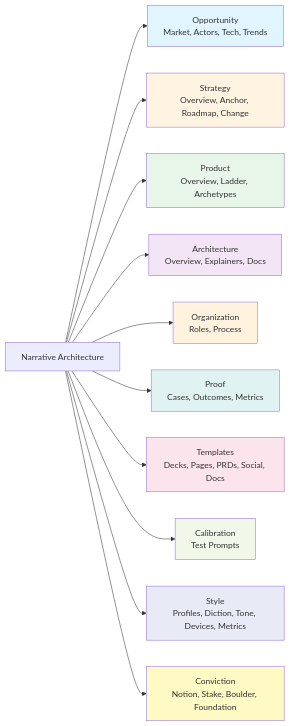
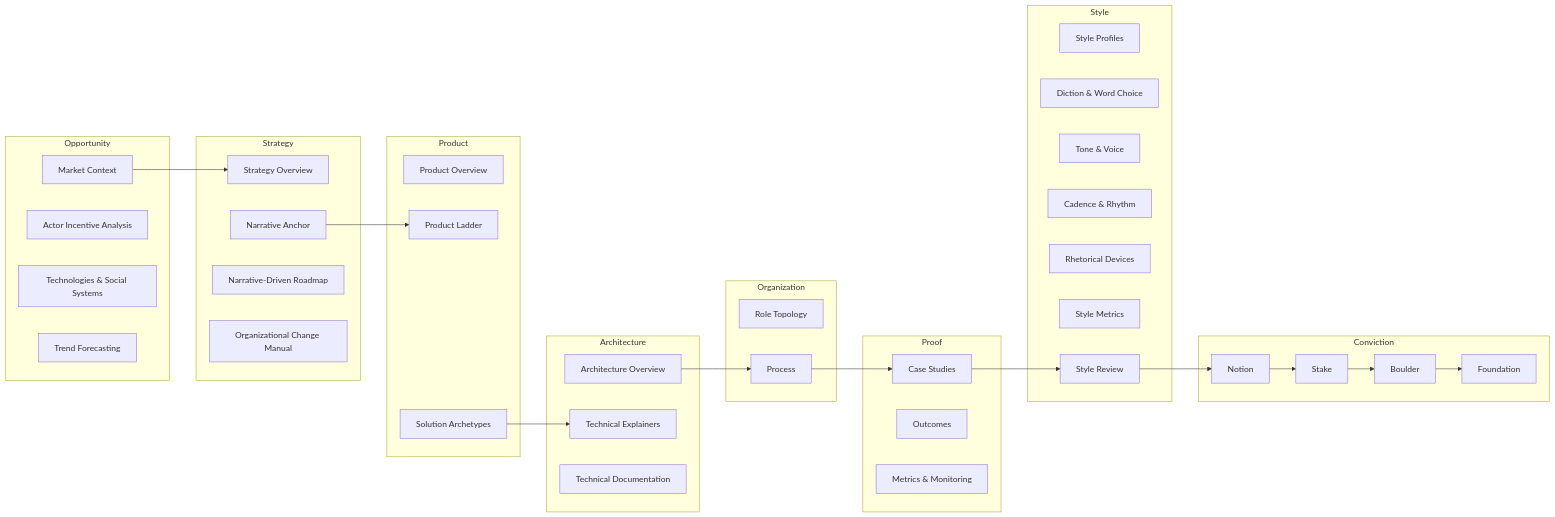
Before and after one commit to Synthetic-Identity-Co/conj-talk-2025: the second of 2 diagrams in README.md, drawn with Mermaid. The commit also changed other lines of this file, not shown here.

````diff
--- a/README.md
+++ b/README.md
@@ -139,26 +233,67 @@
 ```mermaid
 graph LR
-    NA[Narrative Architecture]
+    subgraph Opportunity
+        A1[Market Context]
+        A2[Actor Incentive Analysis]
+        A3[Technologies & Social Systems]
+        A4[Trend Forecasting]
+    end
     
-    NA --> OPP[Opportunity<br/>Market, Actors, Tech, Trends]
-    NA --> STR[Strategy<br/>Overview, Anchor, Roadmap, Change]
-    NA --> PRD[Product<br/>Overview, Ladder, Archetypes]
-    NA --> ARC[Architecture<br/>Overview, Explainers, Docs]
-    NA --> ORG[Organization<br/>Roles, Process]
-    NA --> PRF[Proof<br/>Cases, Outcomes, Metrics]
-    NA --> TMP[Templates<br/>Decks, Pages, PRDs, Social, Docs]
-    NA --> CAL[Calibration<br/>Test Prompts]
-    NA --> STY[Style<br/>Profiles, Diction, Tone, Devices, Metrics]
-    NA --> CNV[Conviction<br/>Notion, Stake, Boulder, Foundation]
+    subgraph Strategy
+        B1[Strategy Overview]
+        B2[Narrative Anchor]
+        B3[Narrative-Driven Roadmap]
+        B4[Organizational Change Manual]
+    end
     
-    style OPP fill:#e1f5ff
-    style STR fill:#fff4e1
-    style PRD fill:#e8f5e9
-    style ARC fill:#f3e5f5
-    style ORG fill:#fff3e0
-    style PRF fill:#e0f2f1
-    style TMP fill:#fce4ec
-    style CAL fill:#f1f8e9
-    style STY fill:#e8eaf6
-    style CNV fill:#fff9c4
+    subgraph Product
+        C1[Product Overview]
+        C2[Product Ladder]
+        C3[Solution Archetypes]
+    end
+    
+    subgraph Architecture
+        D1[Architecture Overview]
+        D2[Technical Explainers]
+        D3[Technical Documentation]
+    end
+    
+    subgraph Organization
+        E1[Role Topology]
+        E2[Process]
+    end
+    
+    subgraph Proof
+        F1[Case Studies]
+        F2[Outcomes]
+        F3[Metrics & Monitoring]
+    end
+    
+    subgraph Style
+        G1[Style Profiles]
+        G2[Diction & Word Choice]
+        G3[Tone & Voice]
+        G4[Cadence & Rhythm]
+        G5[Rhetorical Devices]
+        G6[Style Metrics]
+        G7[Style Review]
+    end
+    
+    subgraph Conviction
+        H1[Notion]
+        H2[Stake]
+        H3[Boulder]
+        H4[Foundation]
+    end
+    
+    A1 --> B1
+    B2 --> C2
+    C3 --> D2
+    D1 --> E2
+    E2 --> F1
+    F1 --> G7
+    G7 --> H1
+    H1 --> H2
+    H2 --> H3
+    H3 --> H4
 ```
````
